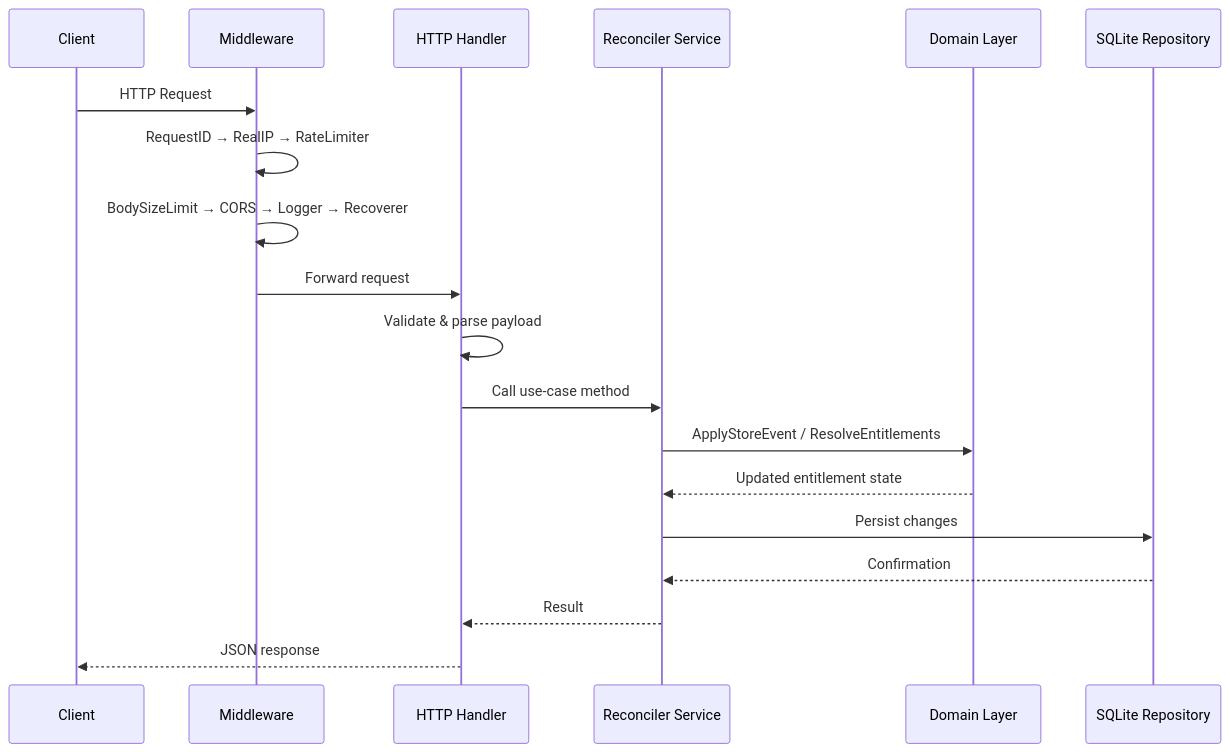
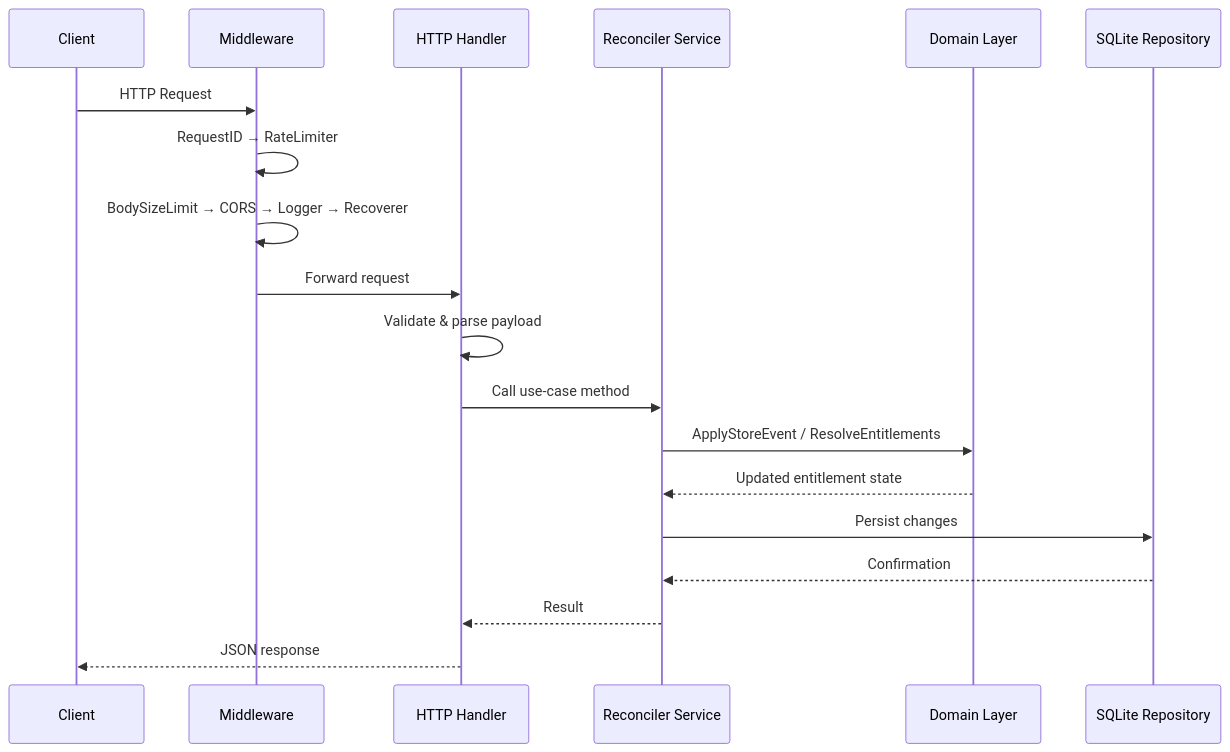
The second of 6 diagrams in README.md (sulthonzh/subscription-reconciler), drawn with Mermaid before and after one commit. The commit also changed other lines of this file and 24 other files, not shown here.

````diff
--- a/README.md
+++ b/README.md
@@ -168,22 +168,22 @@
 ```mermaid
 sequenceDiagram
     participant C as Client
     participant MW as Middleware
     participant H as HTTP Handler
     participant S as Reconciler Service
     participant D as Domain Layer
     participant R as SQLite Repository
 
     C->>MW: HTTP Request
-    MW->>MW: RequestID → RealIP → RateLimiter
+    MW->>MW: RequestID → RateLimiter
     MW->>MW: BodySizeLimit → CORS → Logger → Recoverer
     MW->>H: Forward request
     H->>H: Validate & parse payload
     H->>S: Call use-case method
     S->>D: ApplyStoreEvent / ResolveEntitlements
     D-->>S: Updated entitlement state
     S->>R: Persist changes
     R-->>S: Confirmation
     S-->>H: Result
     H-->>C: JSON response
 ```
````
